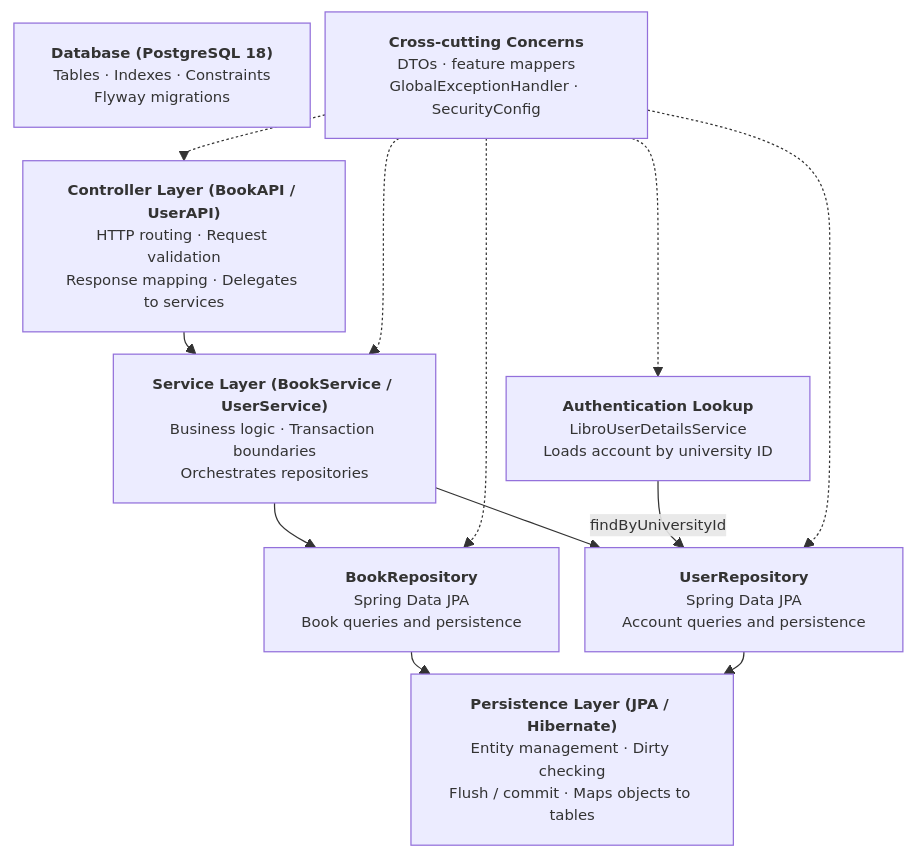
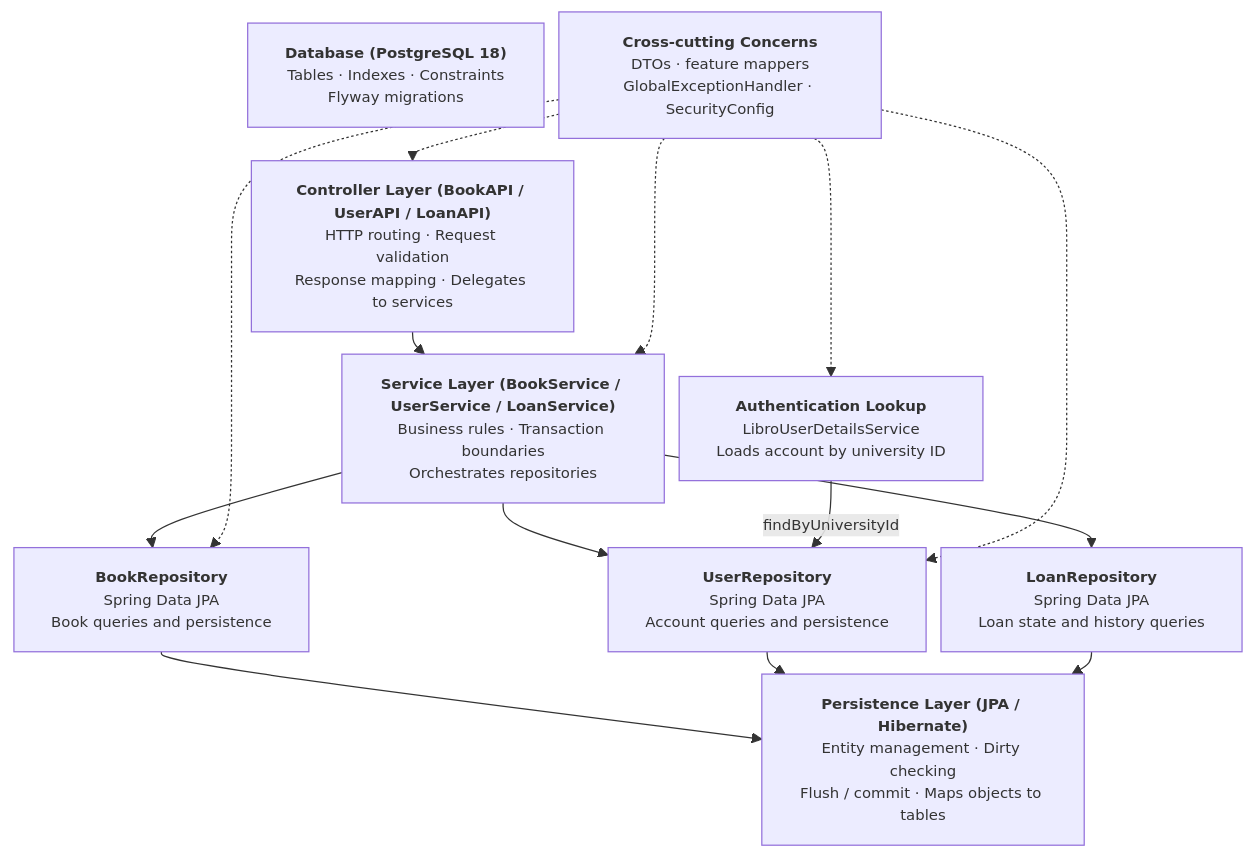
One commit to zqf20096327/dbhub_collect changed the third of 6 diagrams in data/readmes/kyledelfin2006__libro-library-system.md. Above: the diagram before and after it, drawn with Mermaid. The commit also changed other lines of this file and 523 other files, not shown here.

````diff
--- a/data/readmes/kyledelfin2006__libro-library-system.md
+++ b/data/readmes/kyledelfin2006__libro-library-system.md
@@ -173,22 +187,24 @@
 ```mermaid
 %%{init: {"flowchart": {"nodeSpacing": 12, "rankSpacing": 18}, "themeVariables": {"fontSize": "12px"}}}%%
 flowchart TD
-    C["<b>Controller Layer (BookAPI / UserAPI)</b><br/>HTTP routing · Request validation<br/>Response mapping · Delegates to services"]
-    S["<b>Service Layer (BookService / UserService)</b><br/>Business logic · Transaction boundaries<br/>Orchestrates repositories"]
+    C["<b>Controller Layer (BookAPI / UserAPI / LoanAPI)</b><br/>HTTP routing · Request validation<br/>Response mapping · Delegates to services"]
+    S["<b>Service Layer (BookService / UserService / LoanService)</b><br/>Business rules · Transaction boundaries<br/>Orchestrates repositories"]
     BR["<b>BookRepository</b><br/>Spring Data JPA<br/>Book queries and persistence"]
     UR["<b>UserRepository</b><br/>Spring Data JPA<br/>Account queries and persistence"]
+    LR["<b>LoanRepository</b><br/>Spring Data JPA<br/>Loan state and history queries"]
     A["<b>Authentication Lookup</b><br/>LibroUserDetailsService<br/>Loads account by university ID"]
     P["<b>Persistence Layer (JPA / Hibernate)</b><br/>Entity management · Dirty checking<br/>Flush / commit · Maps objects to tables"]
     D["<b>Database (PostgreSQL 18)</b><br/>Tables · Indexes · Constraints<br/>Flyway migrations"]
     X["<b>Cross-cutting Concerns</b><br/>DTOs · feature mappers<br/>GlobalExceptionHandler · SecurityConfig"]
 
     C --> S
     S --> BR --> P
     S --> UR --> P
+    S --> LR --> P
     A -->|findByUniversityId| UR
     X -.-> C
     X -.-> S
     X -.-> BR
     X -.-> UR
     X -.-> A
 ```
````
